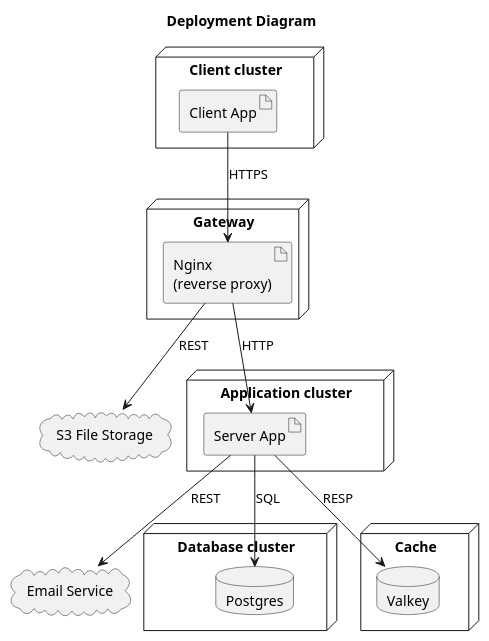
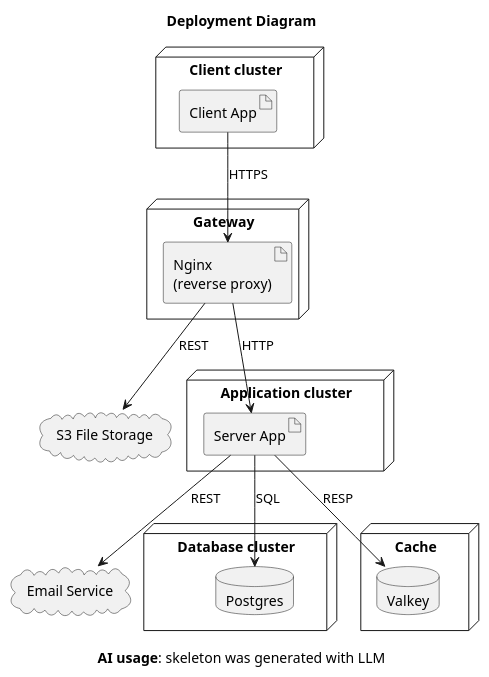
One commit to ukma-fin-ssdm-2026/Spectrum-project changed the diagram in docs/architecture/uml/deployment_diagram.puml. Above: the diagram before and after it, drawn with PlantUML. The commit also changed 4 other files, not shown here.

Commit message:
docs: component diagram, data model and hld  - component diagram  - data model  - high level design

```diff
--- a/docs/architecture/uml/deployment_diagram.puml
+++ b/docs/architecture/uml/deployment_diagram.puml
@@ -1,36 +1,38 @@
 @startuml
 title Deployment Diagram
 
 skinparam shadowing false
 
 node "Client cluster" as clientNode {
   artifact "Client App" as client
 }
 
 node "Gateway" as gatewayNode {
   artifact "Nginx\n(reverse proxy)" as nginx
 }
 
 node "Application cluster" as appNode {
   artifact "Server App" as server
 }
 
 node "Database cluster" as dbNode {
   database "Postgres" as postgres
 }
 
 node "Cache" as cacheNode {
   database "Valkey" as valkey
 }
 
 cloud "Email Service" as email
 cloud "S3 File Storage" as s3
 
 client --> nginx : HTTPS
 nginx --> server : HTTP
 nginx --> s3 : REST
 
 server --> postgres : SQL
 server --> valkey : RESP
 server --> email : REST
+
+caption **AI usage**: skeleton was generated with LLM
 @enduml
```
